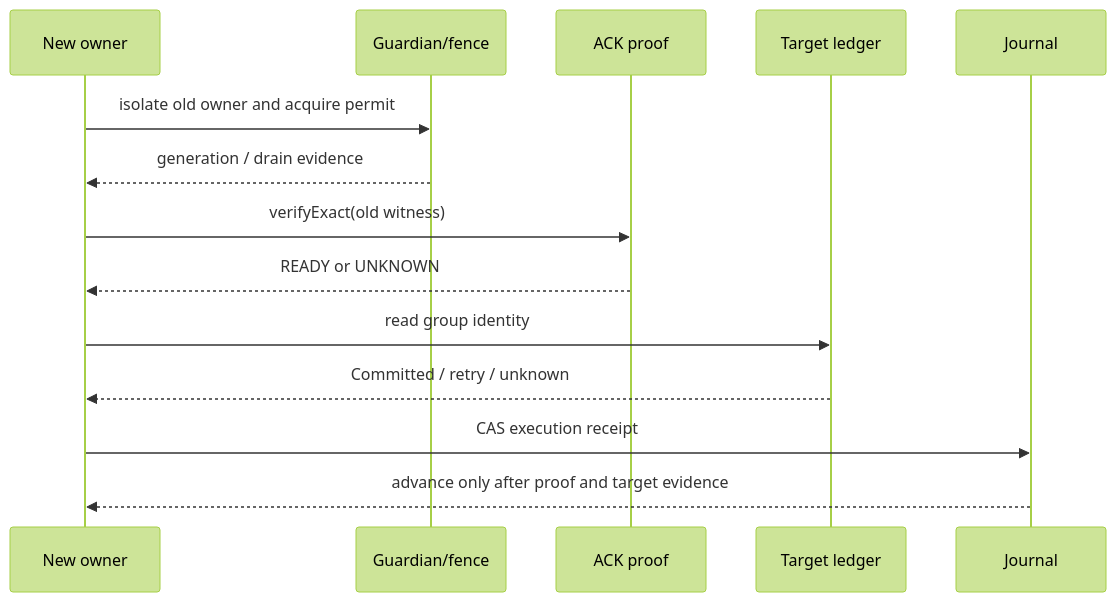
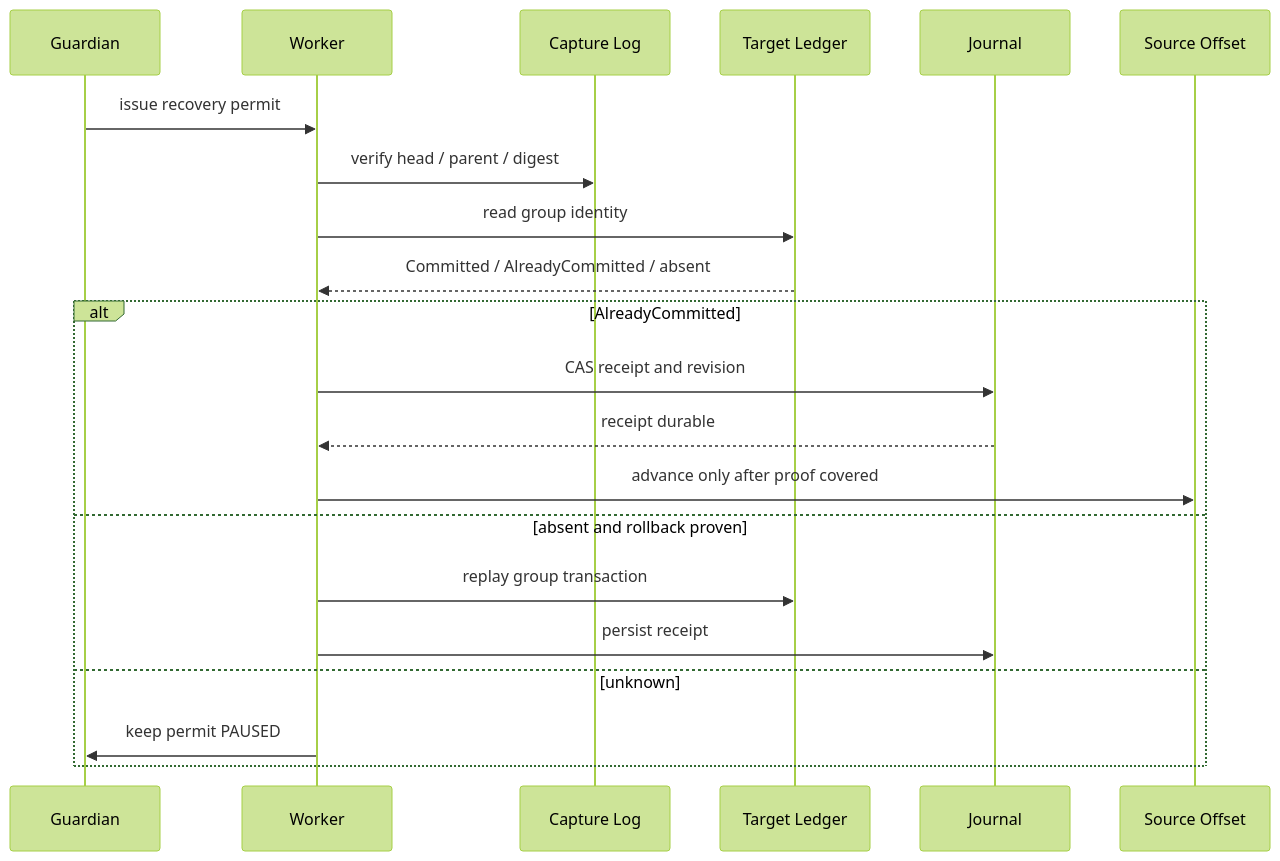
The second of 2 diagrams in _posts/pekko/2026-10-18-pekko-cdc-3-mysql-journal-experiment.md (Xuxiaotuan/Xuxiaotuan.github.io), drawn with Mermaid (forest theme) before and after one commit. The commit also changed other lines of this file and 2 other files, not shown here.

Commit message:
docs: rewrite Pekko CDC recovery and comparison articles

````diff
--- a/_posts/pekko/2026-10-18-pekko-cdc-3-mysql-journal-experiment.md
+++ b/_posts/pekko/2026-10-18-pekko-cdc-3-mysql-journal-experiment.md
@@ -89,16 +183,23 @@
 ```mermaid
 sequenceDiagram
-    participant W as New owner
-    participant G as Guardian/fence
-    participant P as ACK proof
-    participant T as Target ledger
+    participant G as Guardian
+    participant W as Worker
+    participant L as Capture Log
+    participant T as Target Ledger
     participant J as Journal
-    W->>G: isolate old owner and acquire permit
-    G-->>W: generation / drain evidence
-    W->>P: verifyExact(old witness)
-    P-->>W: READY or UNKNOWN
+    participant D as Source Offset
+    G->>W: issue recovery permit
+    W->>L: verify head / parent / digest
     W->>T: read group identity
-    T-->>W: Committed / retry / unknown
-    W->>J: CAS execution receipt
-    J-->>W: advance only after proof and target evidence
+    T-->>W: Committed / AlreadyCommitted / absent
+    alt AlreadyCommitted
+        W->>J: CAS receipt and revision
+        J-->>W: receipt durable
+        W->>D: advance only after proof covered
+    else absent and rollback proven
+        W->>T: replay group transaction
+        W->>J: persist receipt
+    else unknown
+        W->>G: keep permit PAUSED
+    end
 ```
````
